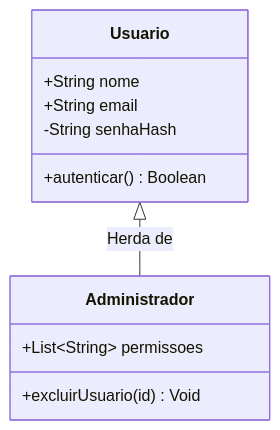
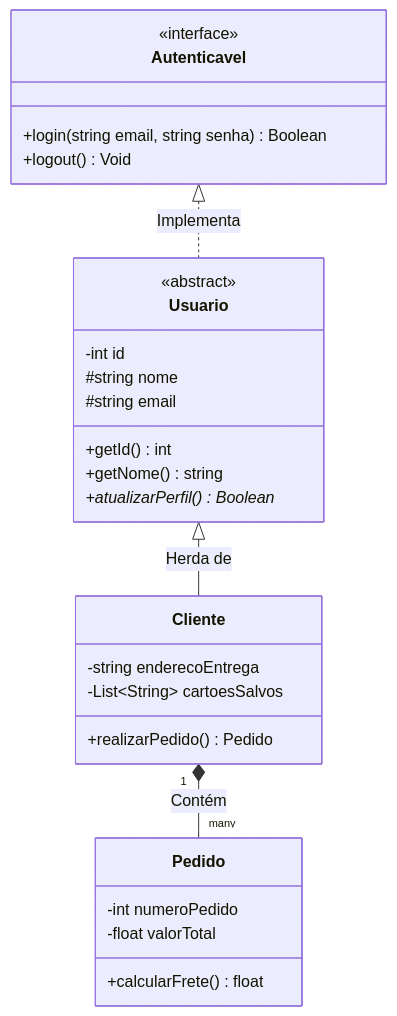
One commit to leorruas/programacao changed the sixth of 14 diagrams in mermaid/Sintaxe e possibilidades com Mermaid.md. Above: the diagram before and after it, drawn with Mermaid. The commit also changed other lines of this file and 1 other file, not shown here.

Commit message:
docs(mermaid): expandir exaustivamente sintaxe, diagramas e recursos do mermaid

````diff
--- a/mermaid/Sintaxe e possibilidades com Mermaid.md
+++ b/mermaid/Sintaxe e possibilidades com Mermaid.md
@@ -121,16 +223,34 @@
 ```mermaid
 classDiagram
-    class Usuario {
-        +String nome
-        +String email
-        -String senhaHash
-        +autenticar() Boolean
+    class Autenticavel {
+        <<interface>>
+        +login(string email, string senha) Boolean
+        +logout() Void
     }
 
-    class Administrador {
-        +List~String~ permissoes
-        +excluirUsuario(id) Void
+    class Usuario {
+        <<abstract>>
+        -int id
+        #string nome
+        #string email
+        +getId() int
+        +getNome() string
+        +atualizarPerfil() Boolean*
     }
 
-    Usuario <|-- Administrador : Herda de
+    class Cliente {
+        -string enderecoEntrega
+        -List~String~ cartoesSalvos
+        +realizarPedido() Pedido
+    }
+
+    class Pedido {
+        -int numeroPedido
+        -float valorTotal
+        +calcularFrete() float
+    }
+
+    Usuario <|-- Cliente : Herda de
+    Autenticavel <|.. Usuario : Implementa
+    Cliente "1" *-- "many" Pedido : Contém
 ```
````
